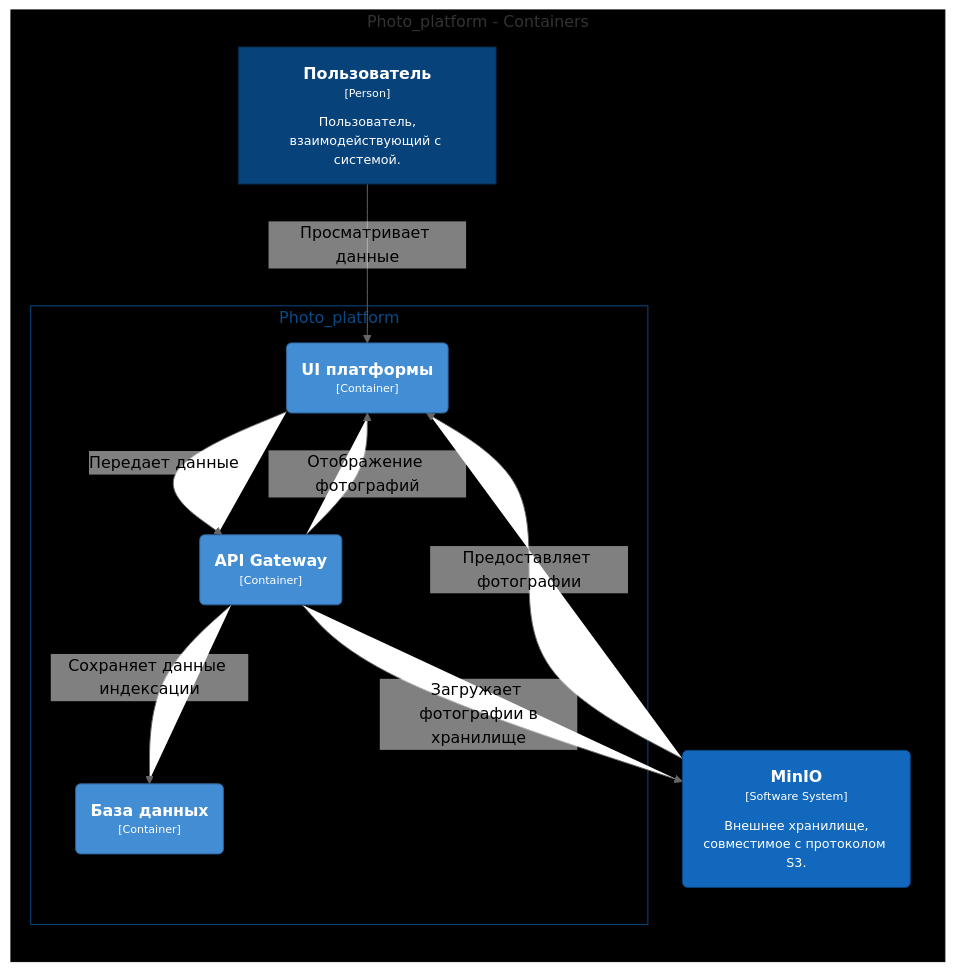
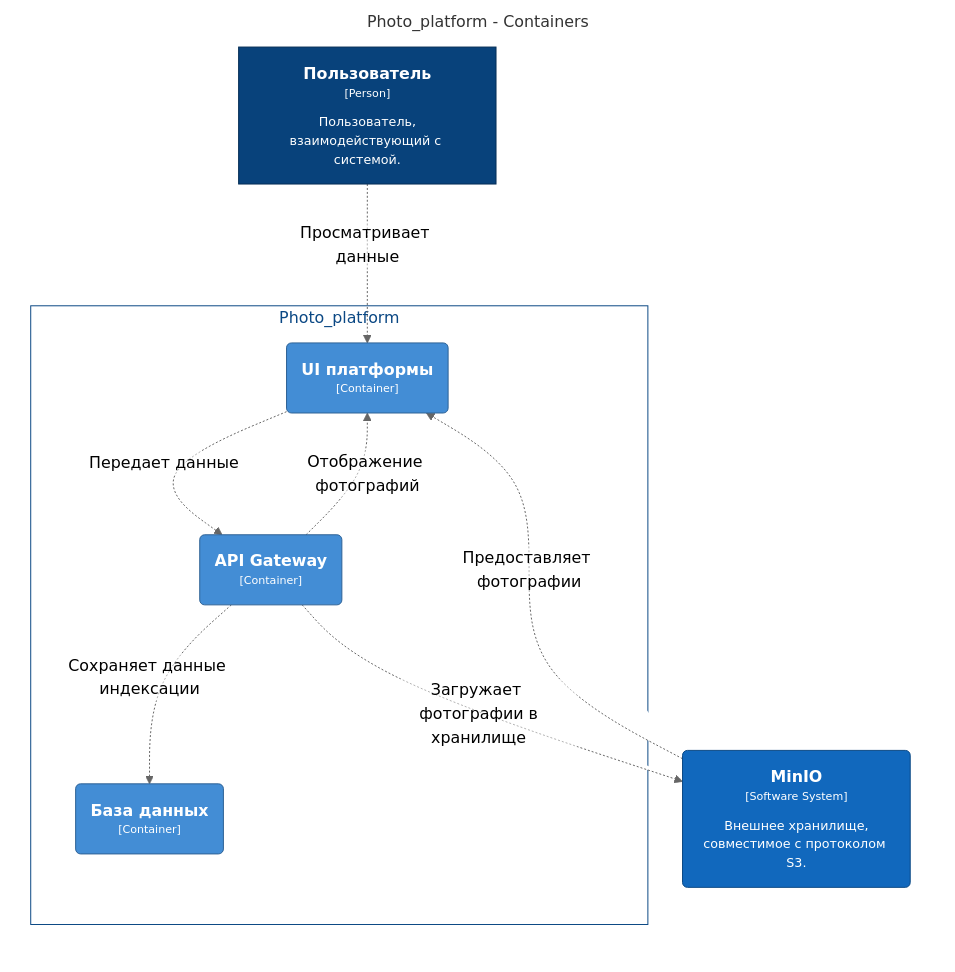
The second of 4 diagrams in README.md (saneaizog/TestSberTech), drawn with Mermaid (neutral theme) before and after one commit. The commit also changed other lines of this file, not shown here.

````diff
--- a/README.md
+++ b/README.md
@@ -205,31 +205,31 @@
  ```mermaid
 graph LR
   linkStyle default fill:#ffffff
 
   subgraph diagram ["Photo_platform - Containers"]
-    style diagram fill:#000000,stroke:#000000
+    style diagram fill:#ffffff,stroke:#ffffff
 
-    1["<div style='font-weight: bold; color: #ffffff;'>Пользователь</div><div style='font-size: 70%; margin-top: 0px; color: #ffffff;'>[Person]</div><div style='font-size: 80%; margin-top:10px; color: #ffffff;'>Пользователь,<br />взаимодействующий с системой.</div>"]
+    1["<div style='font-weight: bold'>Пользователь</div><div style='font-size: 70%; margin-top: 0px'>[Person]</div><div style='font-size: 80%; margin-top:10px'>Пользователь,<br />взаимодействующий с системой.</div>"]
     style 1 fill:#08427b,stroke:#052e56,color:#ffffff
-    13("<div style='font-weight: bold; color: #ffffff;'>MinIO</div><div style='font-size: 70%; margin-top: 0px; color: #ffffff;'>[Software System]</div><div style='font-size: 80%; margin-top:10px; color: #ffffff;'>Внешнее хранилище,<br />совместимое с протоколом S3.</div>")
-    style 13 fill:#1168bd,stroke:#0b4884,color:#ffffff
+    16("<div style='font-weight: bold'>MinIO</div><div style='font-size: 70%; margin-top: 0px'>[Software System]</div><div style='font-size: 80%; margin-top:10px'>Внешнее хранилище,<br />совместимое с протоколом S3.</div>")
+    style 16 fill:#1168bd,stroke:#0b4884,color:#ffffff
 
     subgraph 2 ["Photo_platform"]
-      style 2 fill:#000000,stroke:#0b4884,color:#0b4884
+      style 2 fill:#ffffff,stroke:#0b4884,color:#0b4884
 
-      11("<div style='font-weight: bold; color: #ffffff;'>База данных</div><div style='font-size: 70%; margin-top: 0px; color: #ffffff;'>[Container]</div>")
-      style 11 fill:#438dd5,stroke:#2e6295,color:#ffffff
-      3("<div style='font-weight: bold; color: #ffffff;'>UI платформы</div><div style='font-size: 70%; margin-top: 0px; color: #ffffff;'>[Container]</div>")
+      14("<div style='font-weight: bold'>База данных</div><div style='font-size: 70%; margin-top: 0px'>[Container]</div>")
+      style 14 fill:#438dd5,stroke:#2e6295,color:#ffffff
+      3("<div style='font-weight: bold'>UI платформы</div><div style='font-size: 70%; margin-top: 0px'>[Container]</div>")
       style 3 fill:#438dd5,stroke:#2e6295,color:#ffffff
-      6("<div style='font-weight: bold; color: #ffffff;'>API Gateway</div><div style='font-size: 70%; margin-top: 0px; color: #ffffff;'>[Container]</div>")
+      6("<div style='font-weight: bold'>API Gateway</div><div style='font-size: 70%; margin-top: 0px'>[Container]</div>")
       style 6 fill:#438dd5,stroke:#2e6295,color:#ffffff
     end
 
-    3-- "<div style='color: #ffffff;'>Передает данные</div><div style='font-size: 70%'></div>" -->6
-    6-- "<div style='color: #ffffff;'>Сохраняет данные индексации</div><div style='font-size: 70%'></div>" -->11
-    13-- "<div style='color: #ffffff;'>Предоставляет фотографии</div><div style='font-size: 70%'></div>" -->3
-    6-- "<div style='color: #ffffff;'>Отображение фотографий</div><div style='font-size: 70%'></div>" -->3
-    6-- "<div style='color: #ffffff;'>Загружает фотографии в<br />хранилище</div><div style='font-size: 70%'></div>" -->13
-    1-- "<div style='color: #ffffff;'>Просматривает данные</div><div style='font-size: 70%'></div>" -->3
+    3-. "<div>Передает данные</div><div style='font-size: 70%'></div>" .->6
+    6-. "<div>Сохраняет данные индексации</div><div style='font-size: 70%'></div>" .->14
+    16-. "<div>Предоставляет фотографии</div><div style='font-size: 70%'></div>" .->3
+    6-. "<div>Отображение фотографий</div><div style='font-size: 70%'></div>" .->3
+    6-. "<div>Загружает фотографии в<br />хранилище</div><div style='font-size: 70%'></div>" .->16
+    1-. "<div>Просматривает данные</div><div style='font-size: 70%'></div>" .->3
   end
 ```
````
